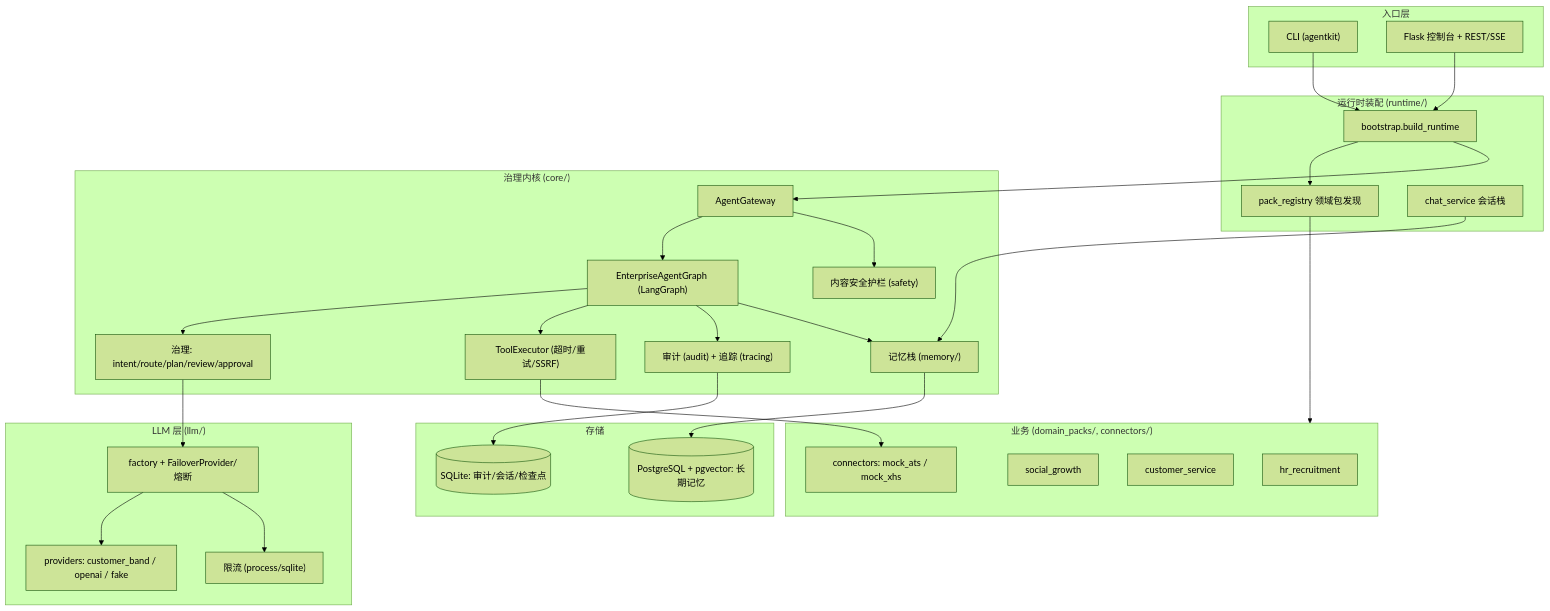
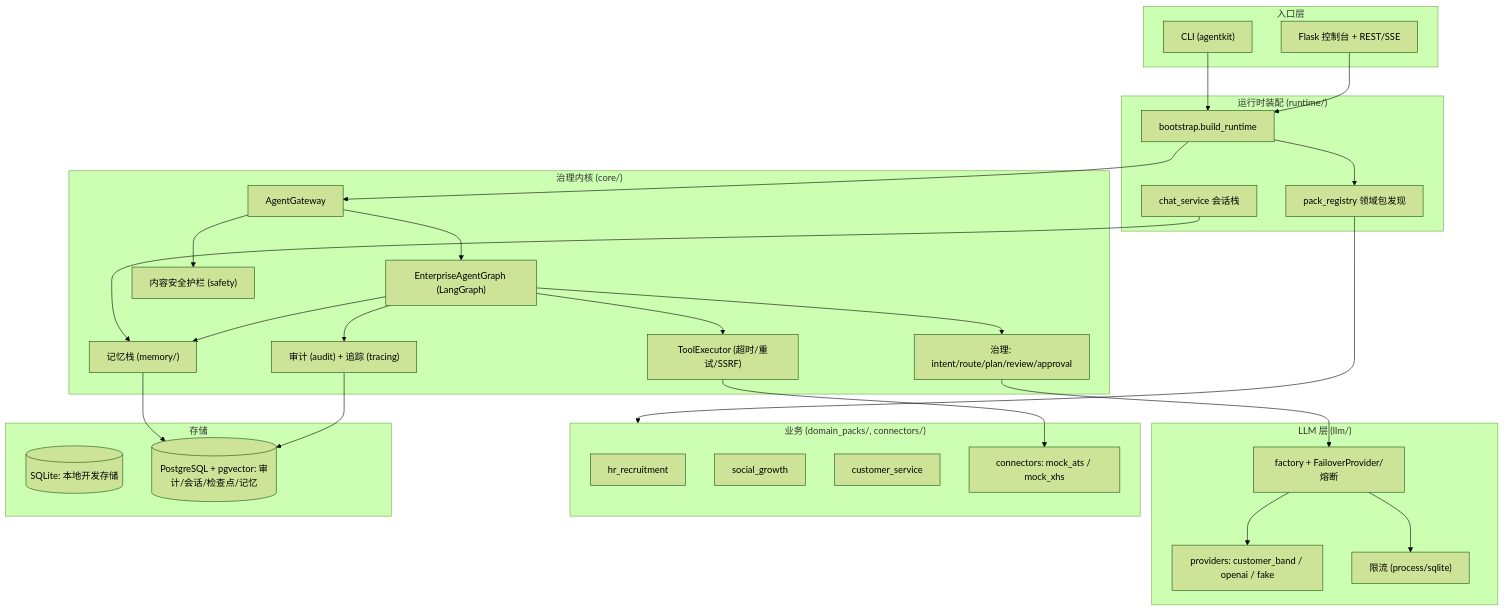
Before and after one commit to leo-cai-ai/agentkit: the first of 4 diagrams in docs/ARCHITECTURE.md, drawn with Mermaid (forest theme). The commit also changed other lines of this file and 21 other files, not shown here.

````diff
--- a/docs/ARCHITECTURE.md
+++ b/docs/ARCHITECTURE.md
@@ -22,53 +22,53 @@
 ```mermaid
 flowchart TB
   subgraph Entry["入口层"]
     CLI["CLI (agentkit)"]
     WEB["Flask 控制台 + REST/SSE"]
   end
 
   subgraph Runtime["运行时装配 (runtime/)"]
     BOOT["bootstrap.build_runtime"]
     PACKS["pack_registry 领域包发现"]
     CHAT["chat_service 会话栈"]
   end
 
   subgraph Core["治理内核 (core/)"]
     GW["AgentGateway"]
     GRAPH["EnterpriseAgentGraph (LangGraph)"]
     GOV["治理: intent/route/plan/review/approval"]
     MEM["记忆栈 (memory/)"]
     SAFE["内容安全护栏 (safety)"]
     AUD["审计 (audit) + 追踪 (tracing)"]
     TOOLEX["ToolExecutor (超时/重试/SSRF)"]
   end
 
   subgraph LLM["LLM 层 (llm/)"]
     FACT["factory + FailoverProvider/熔断"]
     PROV["providers: customer_band / openai / fake"]
     RL["限流 (process/sqlite)"]
   end
 
   subgraph Biz["业务 (domain_packs/, connectors/)"]
     HR["hr_recruitment"]
     SG["social_growth"]
     CS["customer_service"]
     CONN["connectors: mock_ats / mock_xhs"]
   end
 
   subgraph Store["存储"]
-    SQLITE[("SQLite: 审计/会话/检查点")]
-    PG[("PostgreSQL + pgvector: 长期记忆")]
+    SQLITE[("SQLite: 本地开发存储")]
+    PG[("PostgreSQL + pgvector: 审计/会话/检查点/记忆")]
   end
 
   CLI --> BOOT
   WEB --> BOOT
   BOOT --> PACKS --> Biz
   BOOT --> GW --> GRAPH --> GOV
   GRAPH --> TOOLEX --> CONN
   GOV --> FACT --> PROV
   FACT --> RL
   CHAT --> MEM --> PG
   GW --> SAFE
-  GRAPH --> AUD --> SQLITE
+  GRAPH --> AUD --> PG
   GRAPH --> MEM
 ```
````
